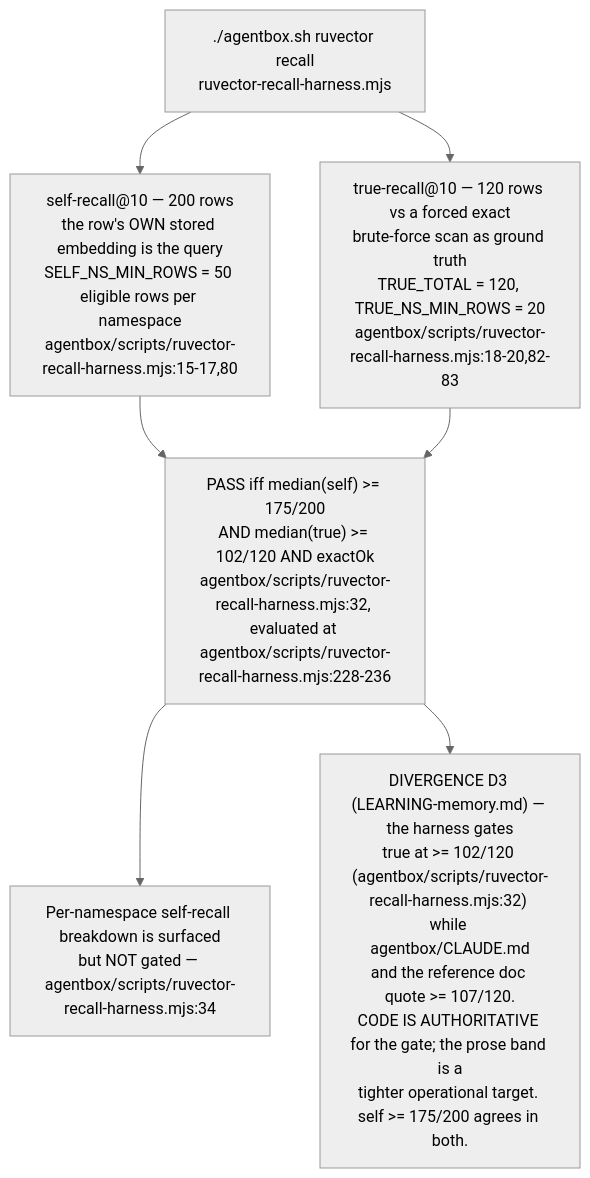
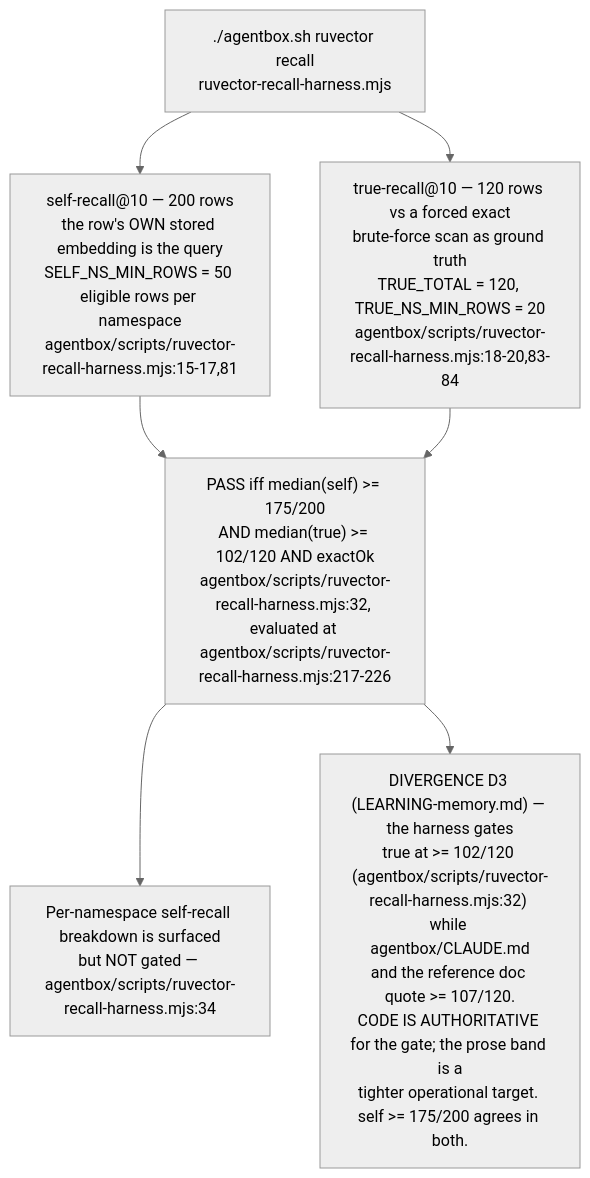
Before and after one commit to DreamLab-AI/VisionFlow: the fourth of 6 diagrams in docs/diagrams/estate/07-memory-and-embedding-estate.md, drawn with Mermaid (neutral theme). The commit also changed other lines of this file and 91 other files, not shown here.

````diff
--- a/docs/diagrams/estate/07-memory-and-embedding-estate.md
+++ b/docs/diagrams/estate/07-memory-and-embedding-estate.md
@@ -152,16 +153,16 @@
 ```mermaid
 flowchart TB
     RUN["./agentbox.sh ruvector recall<br/>ruvector-recall-harness.mjs"]
-    SELF["self-recall@10 — 200 rows<br/>the row's OWN stored embedding is the query<br/>SELF_NS_MIN_ROWS = 50 eligible rows per namespace<br/>agentbox/scripts/ruvector-recall-harness.mjs:15-17,80"]
-    TRUE["true-recall@10 — 120 rows vs a forced exact<br/>brute-force scan as ground truth<br/>TRUE_TOTAL = 120, TRUE_NS_MIN_ROWS = 20<br/>agentbox/scripts/ruvector-recall-harness.mjs:18-20,82-83"]
-    GATE["PASS iff median(self) >= 175/200<br/>AND median(true) >= 102/120 AND exactOk<br/>agentbox/scripts/ruvector-recall-harness.mjs:32, evaluated at agentbox/scripts/ruvector-recall-harness.mjs:228-236"]
+    SELF["self-recall@10 — 200 rows<br/>the row's OWN stored embedding is the query<br/>SELF_NS_MIN_ROWS = 50 eligible rows per namespace<br/>agentbox/scripts/ruvector-recall-harness.mjs:15-17,81"]
+    TRUE["true-recall@10 — 120 rows vs a forced exact<br/>brute-force scan as ground truth<br/>TRUE_TOTAL = 120, TRUE_NS_MIN_ROWS = 20<br/>agentbox/scripts/ruvector-recall-harness.mjs:18-20,83-84"]
+    GATE["PASS iff median(self) >= 175/200<br/>AND median(true) >= 102/120 AND exactOk<br/>agentbox/scripts/ruvector-recall-harness.mjs:32, evaluated at agentbox/scripts/ruvector-recall-harness.mjs:217-226"]
     NSB["Per-namespace self-recall breakdown is surfaced<br/>but NOT gated — agentbox/scripts/ruvector-recall-harness.mjs:34"]
     D3["DIVERGENCE D3 (LEARNING-memory.md) — the harness gates<br/>true at >= 102/120 (agentbox/scripts/ruvector-recall-harness.mjs:32) while agentbox/CLAUDE.md<br/>and the reference doc quote >= 107/120.<br/>CODE IS AUTHORITATIVE for the gate; the prose band is a<br/>tighter operational target. self >= 175/200 agrees in both."]
 
     RUN --> SELF
     RUN --> TRUE
     SELF --> GATE
     TRUE --> GATE
     GATE --> NSB
     GATE --> D3
 ```
````
